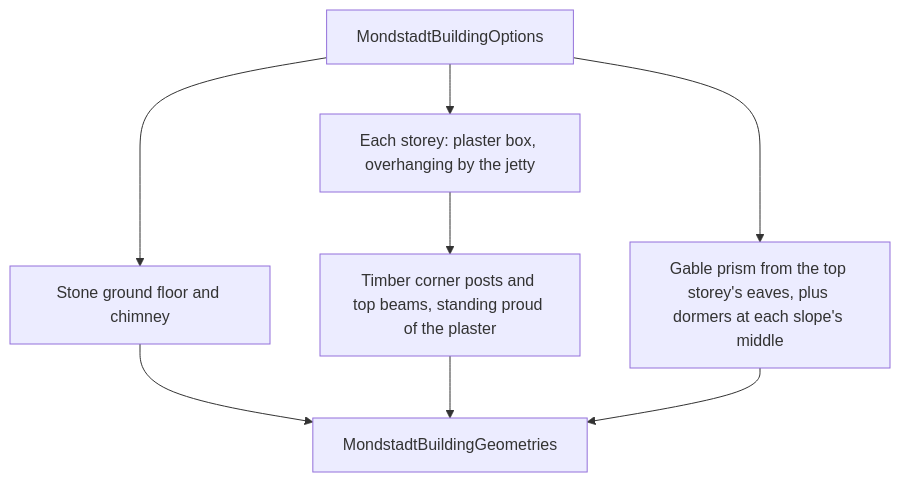
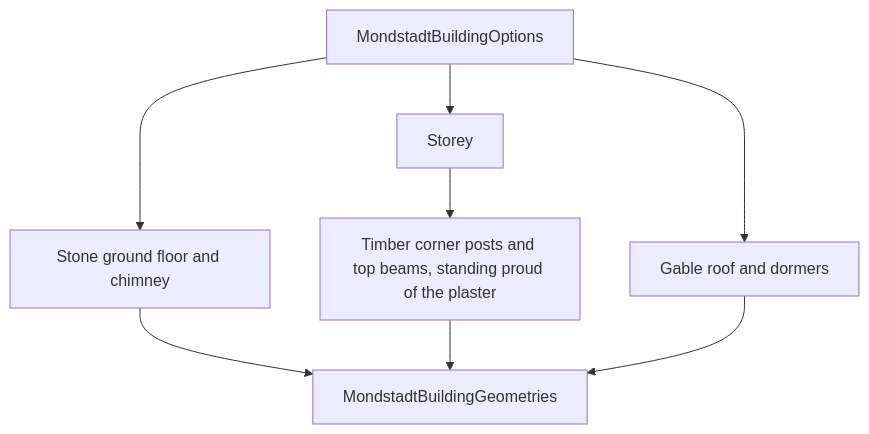
One commit to Esposter/Esposter changed the diagram in openspec/specs/genshin/mondstadt-buildings/design.md. Above: the diagram before and after it, drawn with Mermaid. The commit also changed 14 other files, not shown here.

````diff
--- a/openspec/specs/genshin/mondstadt-buildings/design.md
+++ b/openspec/specs/genshin/mondstadt-buildings/design.md
@@ -5,10 +5,10 @@
 ```mermaid
 flowchart TD
   OP[MondstadtBuildingOptions] --> GF[Stone ground floor and chimney]
-  OP --> ST[Each storey: plaster box, overhanging by the jetty]
+  OP --> ST[Storey]
   ST --> TF[Timber corner posts and top beams, standing proud of the plaster]
-  OP --> RF[Gable prism from the top storey's eaves, plus dormers at each slope's middle]
+  OP --> RF[Gable roof and dormers]
   GF --> OUT[MondstadtBuildingGeometries]
   TF --> OUT
   RF --> OUT
 ```
````
